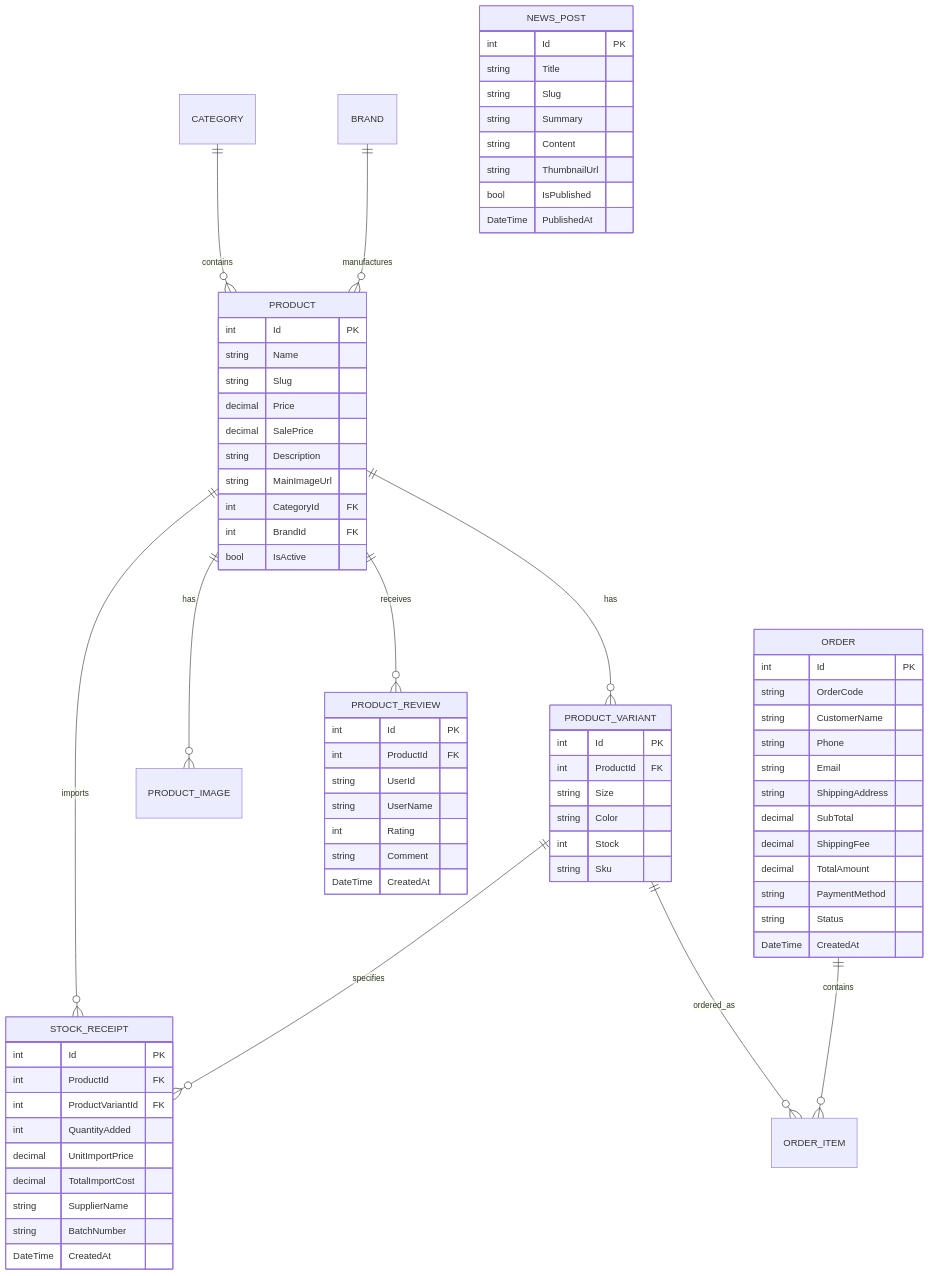
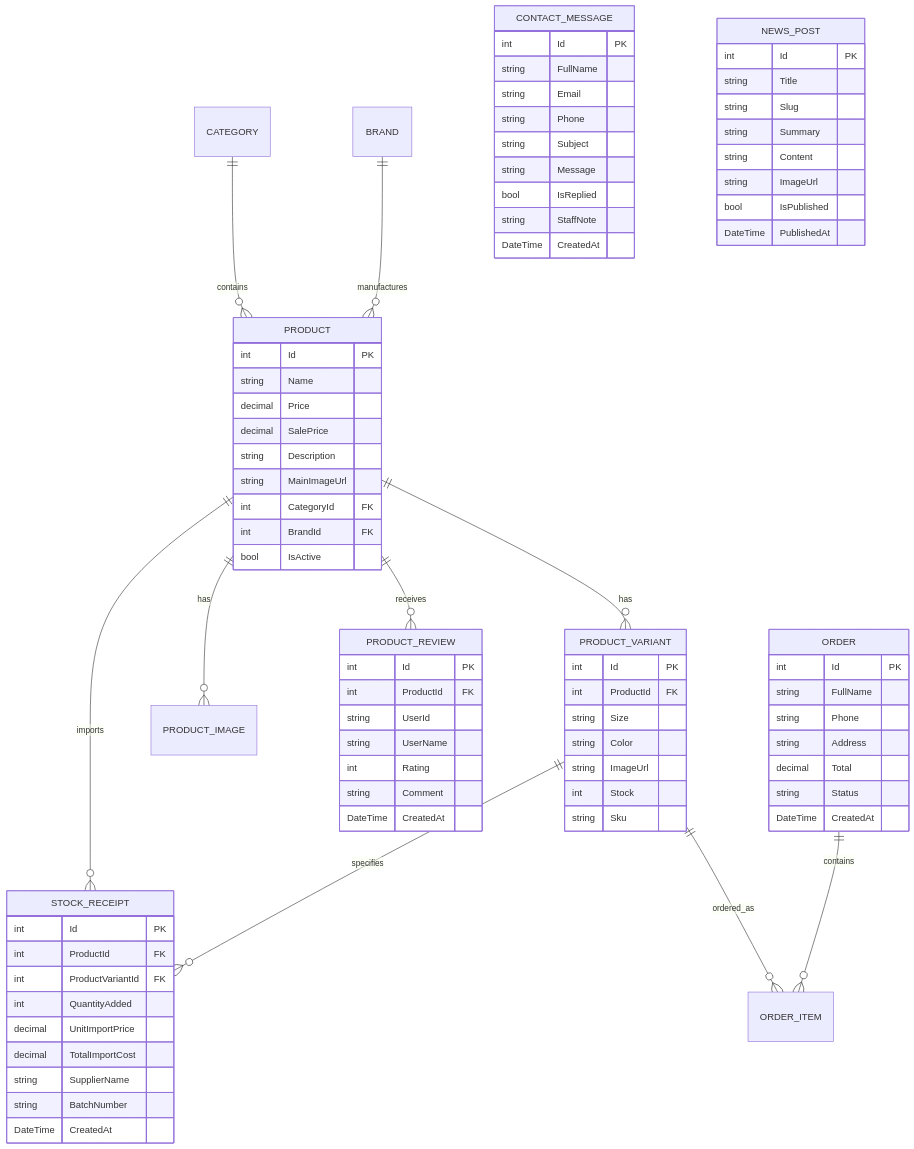
One commit to mtd2k4/Website_TieuDaoBadminton changed the diagram in README.md. Above: the diagram before and after it, drawn with Mermaid. The commit also changed other lines of this file and 68 other files, not shown here.

```diff
--- a/README.md
+++ b/README.md
@@ -200,7 +194,6 @@
     PRODUCT {
         int Id PK
         string Name
-        string Slug
         decimal Price
         decimal SalePrice
         string Description
@@ -215,6 +208,7 @@
         int ProductId FK
         string Size
         string Color
+        string ImageUrl
         int Stock
         string Sku
     }
@@ -233,16 +227,23 @@
 
     ORDER {
         int Id PK
-        string OrderCode
-        string CustomerName
+        string FullName
         string Phone
+        string Address
+        decimal Total
+        string Status
+        DateTime CreatedAt
+    }
+
+    CONTACT_MESSAGE {
+        int Id PK
+        string FullName
         string Email
-        string ShippingAddress
-        decimal SubTotal
-        decimal ShippingFee
-        decimal TotalAmount
-        string PaymentMethod
-        string Status
+        string Phone
+        string Subject
+        string Message
+        bool IsReplied
+        string StaffNote
         DateTime CreatedAt
     }
 
@@ -262,7 +263,7 @@
         string Slug
         string Summary
         string Content
-        string ThumbnailUrl
+        string ImageUrl
         bool IsPublished
         DateTime PublishedAt
     }
```
